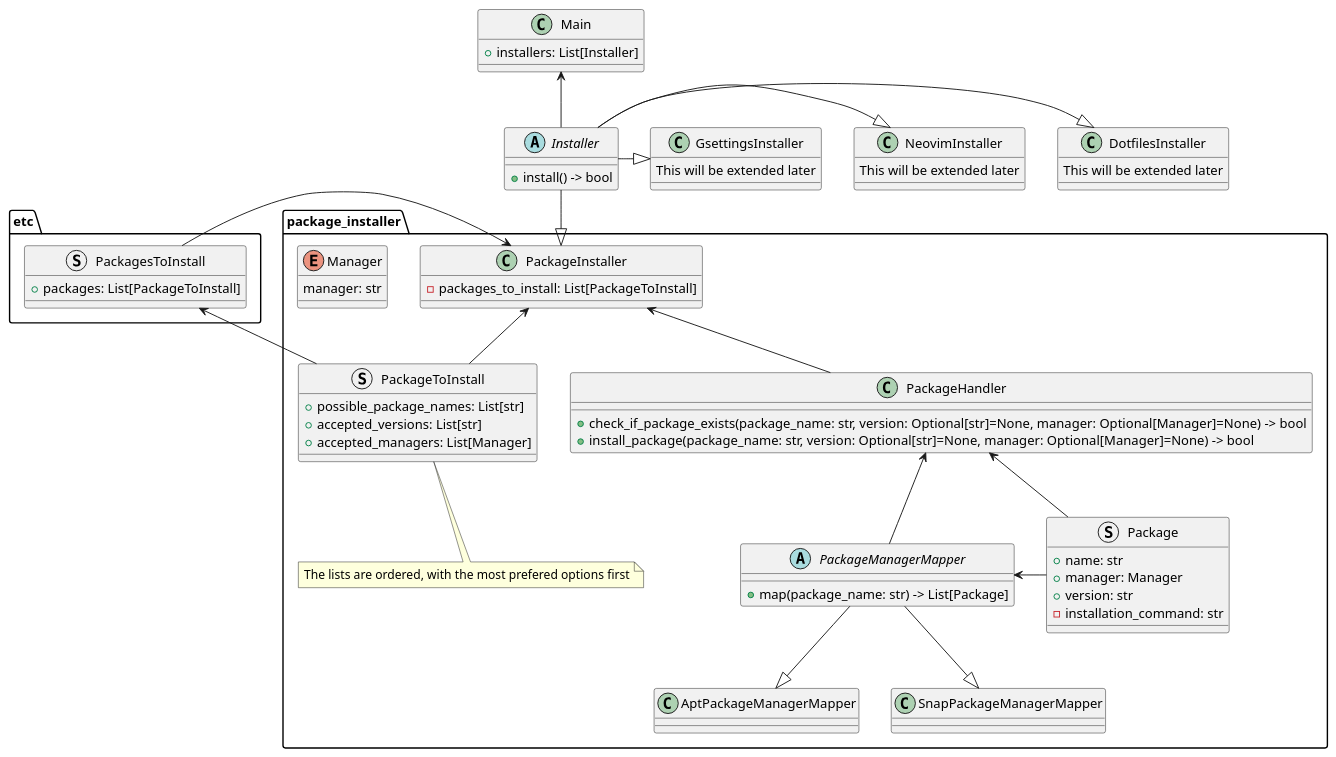
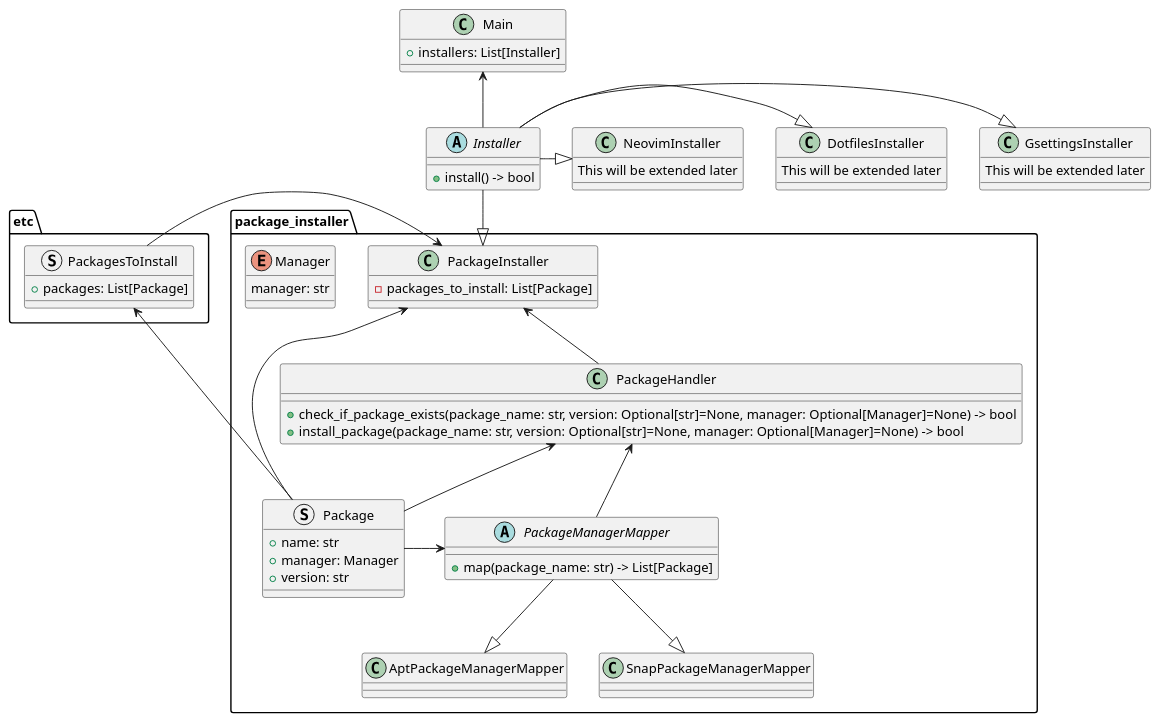
The diagram in docs/designs/dotfiles_design.puml (LuukHenk/dotfiles), drawn with PlantUML before and after one commit. The commit also changed 6 other files, not shown here.

Commit message:
replaced package_to_install with package

```diff
--- a/docs/designs/dotfiles_design.puml
+++ b/docs/designs/dotfiles_design.puml
@@ -1,76 +1,69 @@
 @startuml dotfiles design
 
 package package_installer {
 
     struct Package {
         + name: str
         + manager: Manager
         + version: str
-        - installation_command: str
     }
     enum Manager {
         manager: str
     }
 
     abstract PackageManagerMapper {
         + map(package_name: str) -> List[Package]
     }
     class AptPackageManagerMapper
     class SnapPackageManagerMapper
 
     class PackageHandler {
         + check_if_package_exists(package_name: str, version: Optional[str]=None, manager: Optional[Manager]=None) -> bool
         + install_package(package_name: str, version: Optional[str]=None, manager: Optional[Manager]=None) -> bool
     }
     class PackageInstaller {
-        - packages_to_install: List[PackageToInstall]
+        - packages_to_install: List[Package]
     }
-    struct PackageToInstall {
-        + possible_package_names: List[str]
-        + accepted_versions: List[str]
-        + accepted_managers: List[Manager]
-    }
-    note bottom: The lists are ordered, with the most prefered options first
 }
 
 class Main {
     + installers: List[Installer]
 }
 
 abstract Installer {
     + install() -> bool
 }
 
 class DotfilesInstaller {
     This will be extended later
 }
 class GsettingsInstaller {
     This will be extended later
 }
 class NeovimInstaller {
     This will be extended later
 }
 
 package etc {
     struct PackagesToInstall {
-        + packages: List[PackageToInstall]
+        + packages: List[Package]
     }
 }
 
 Main <-- Installer
 Installer --|> PackageInstaller
 Installer -|> DotfilesInstaller
 Installer -|> NeovimInstaller
 Installer -|> GsettingsInstaller
 PackageManagerMapper --|> AptPackageManagerMapper
 PackageManagerMapper --|> SnapPackageManagerMapper
 PackageHandler <-- PackageManagerMapper
 PackageInstaller <-- PackageHandler
 PackageInstaller <- PackagesToInstall
 
 PackageHandler <- Package
 PackageManagerMapper <- Package
 
-PackageInstaller <-- PackageToInstall
-PackagesToInstall <- PackageToInstall
+PackageInstaller <-- Package
+PackagesToInstall <- Package
 @enduml
```
